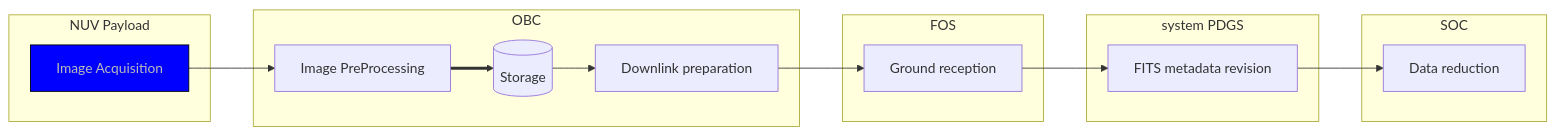
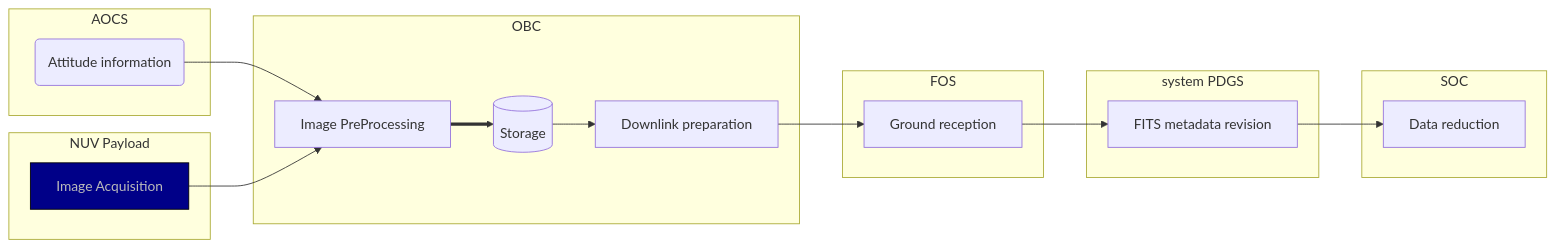
One commit to limu007/quvik changed the diagram in calib/OBDH.md. Above: the diagram before and after it, drawn with Mermaid.

````diff
--- a/calib/OBDH.md
+++ b/calib/OBDH.md
@@ -1,26 +1,29 @@
 ```mermaid
 flowchart LR
   subgraph s1[NUV Payload]
     ia[Image Acquisition]
   end
   subgraph s2[OBC]
     ip[Image PreProcessing] ==> st[(Storage)] --> dl[Downlink preparation]
   end
   subgraph s3[FOS]
     gr[Ground reception]
   end
   subgraph s4[system PDGS]
     fits[FITS metadata revision]
   end
   subgraph s5[SOC]
     pr[Data reduction]
   end
+  subgraph s0[AOCS]
+    ai(Attitude information) --> ip
+  end
 
   ia --> ip
   dl --> gr --> fits --> pr
 
-  classDef deC fill:#00f,stroke:#000,color:#bbb;
+  classDef deC fill:#008,stroke:#000,color:#bbb;
   class ia deC;
 
 
 ```
````
